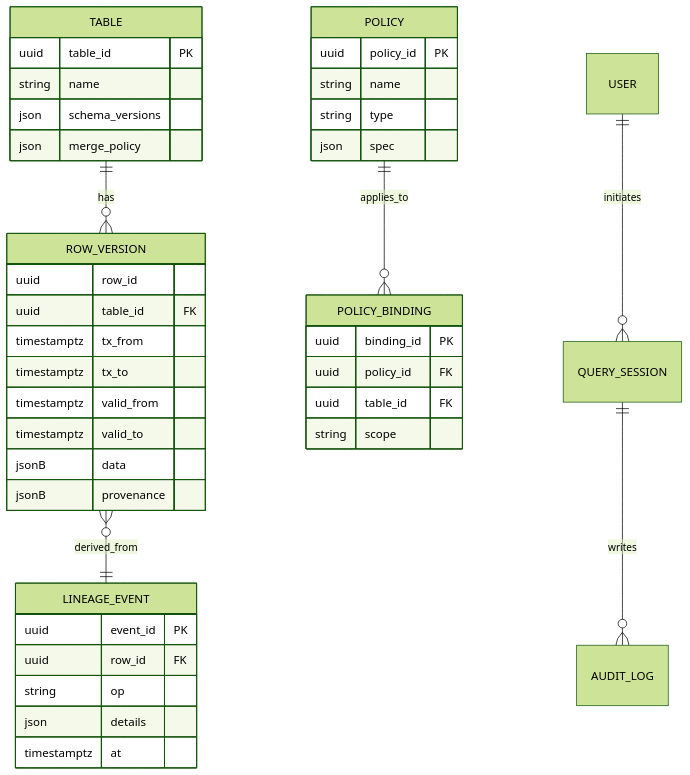
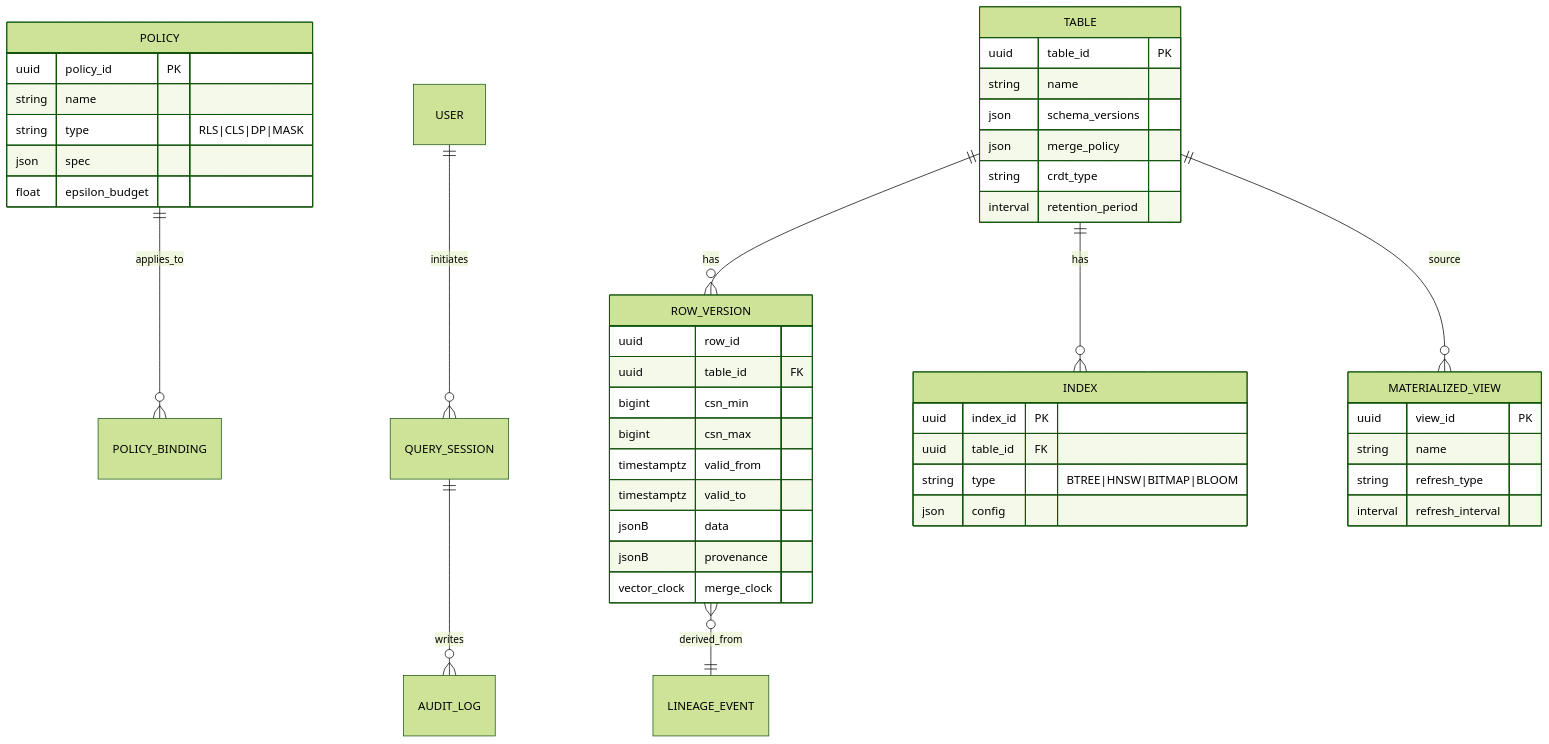
One commit to hoangsonww/LatticeDB-NextGen-DBMS changed the ninth of 9 diagrams in README.md. Above: the diagram before and after it, drawn with Mermaid (forest theme). The commit also changed other lines of this file and 82 other files, not shown here.

````diff
--- a/README.md
+++ b/README.md
@@ -507,44 +586,49 @@
 ```mermaid
 erDiagram
     TABLE ||--o{ ROW_VERSION : has
     POLICY ||--o{ POLICY_BINDING : applies_to
     ROW_VERSION }o--|| LINEAGE_EVENT : derived_from
-    "USER" ||--o{ QUERY_SESSION : initiates
+    USER ||--o{ QUERY_SESSION : initiates
     QUERY_SESSION ||--o{ AUDIT_LOG : writes
+    TABLE ||--o{ INDEX : has
+    TABLE ||--o{ MATERIALIZED_VIEW : source
 
     TABLE {
         uuid table_id PK
         string name
         json schema_versions
         json merge_policy
+        string crdt_type
+        interval retention_period
     }
     ROW_VERSION {
         uuid row_id
         uuid table_id FK
-        timestamptz tx_from
-        timestamptz tx_to
+        bigint csn_min
+        bigint csn_max
         timestamptz valid_from
         timestamptz valid_to
         jsonB data
         jsonB provenance
+        vector_clock merge_clock
     }
     POLICY {
         uuid policy_id PK
         string name
-        string type
+        string type "RLS|CLS|DP|MASK"
         json spec
+        float epsilon_budget
     }
-    POLICY_BINDING {
-        uuid binding_id PK
-        uuid policy_id FK
+    INDEX {
+        uuid index_id PK
         uuid table_id FK
-        string scope
+        string type "BTREE|HNSW|BITMAP|BLOOM"
+        json config
     }
-    LINEAGE_EVENT {
-        uuid event_id PK
-        uuid row_id FK
-        string op
-        json details
-        timestamptz at
+    MATERIALIZED_VIEW {
+        uuid view_id PK
+        string name
+        string refresh_type
+        interval refresh_interval
     }
 ```
````
